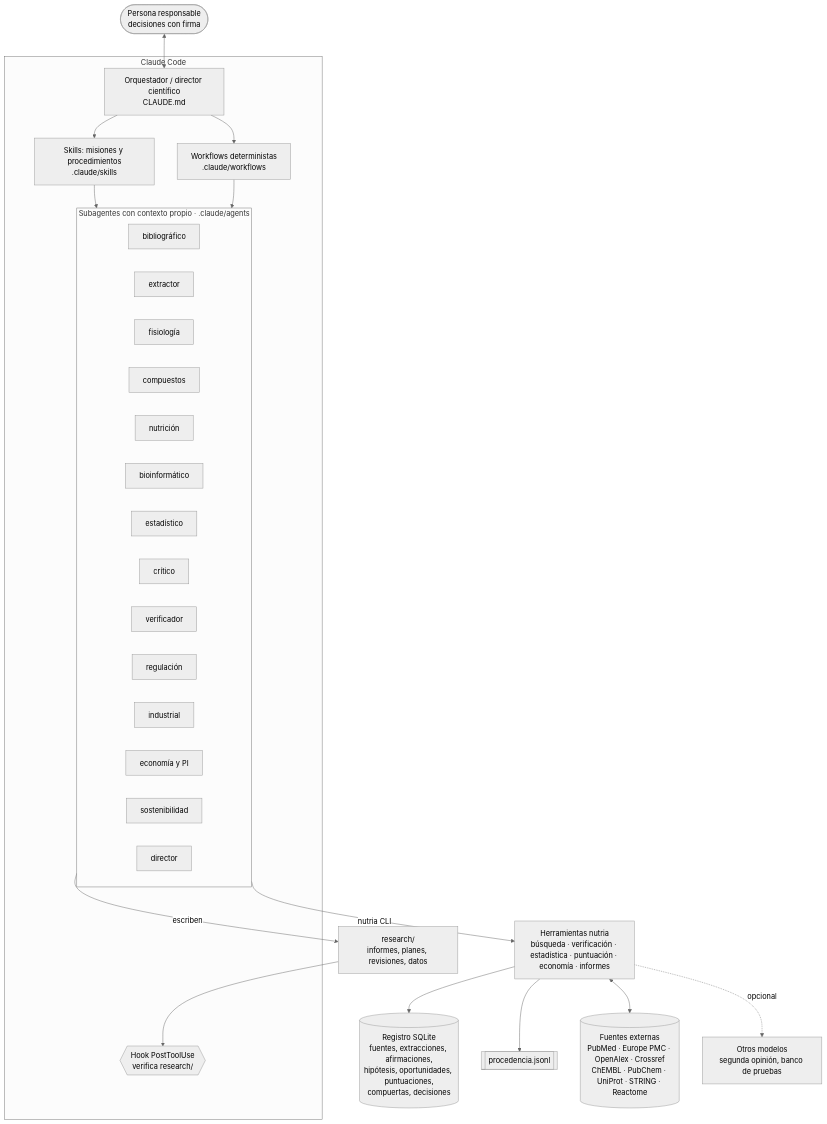
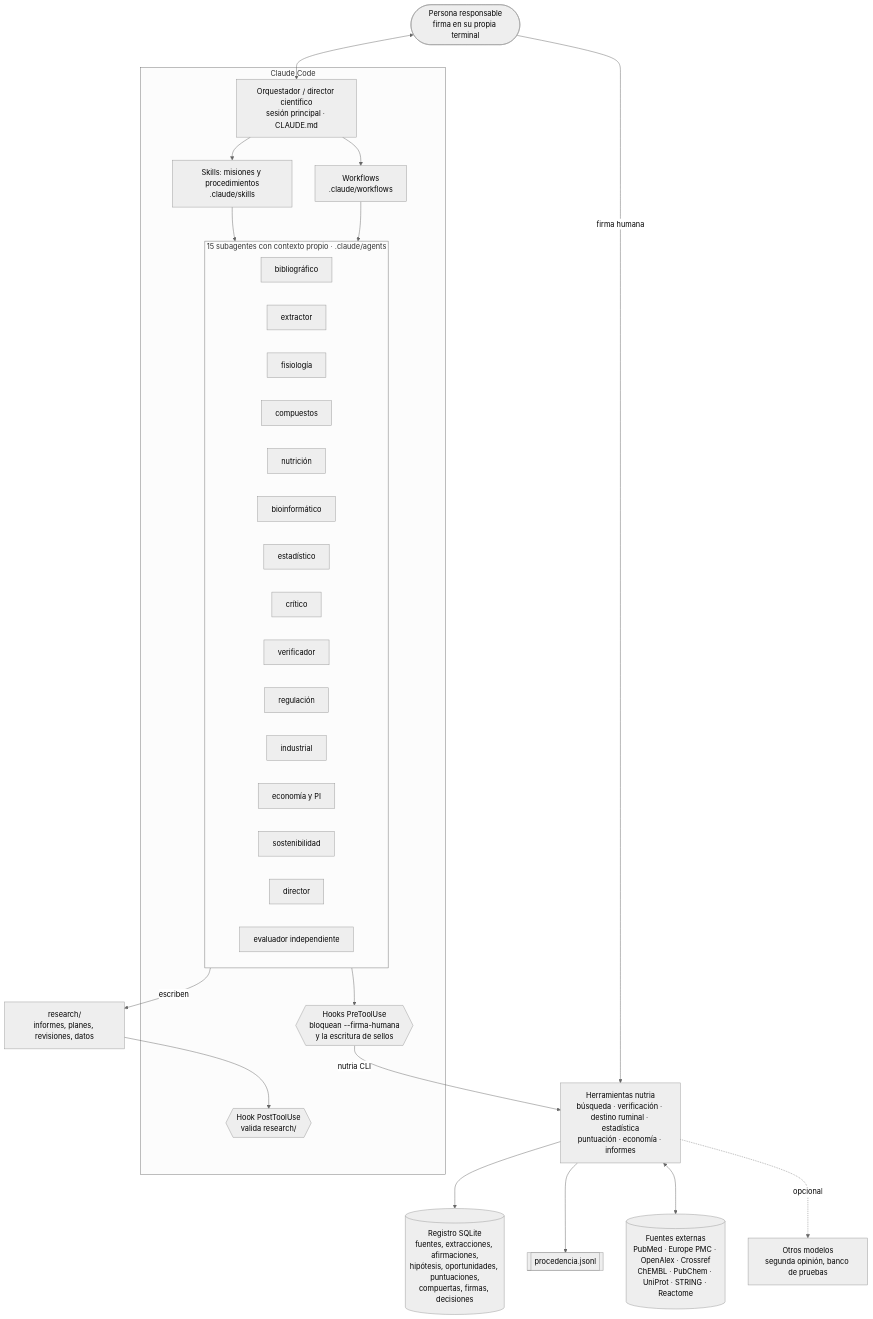
Before and after one commit to japi07/nutria: the first of 3 diagrams in docs/ARQUITECTURA.md, drawn with Mermaid (neutral theme). The commit also changed other lines of this file and 94 other files, not shown here.

````diff
--- a/docs/ARQUITECTURA.md
+++ b/docs/ARQUITECTURA.md
@@ -5,23 +7,26 @@
 ```mermaid
 flowchart TB
-    H([Persona responsable<br/>decisiones con firma]) <--> O
+    H([Persona responsable<br/>firma en su propia terminal]) <--> O
+    H -->|firma humana| T
     subgraph CC[Claude Code]
-        O[Orquestador / director científico<br/>CLAUDE.md]
+        O[Orquestador / director científico<br/>sesión principal · CLAUDE.md]
         S[Skills: misiones y procedimientos<br/>.claude/skills]
-        W[Workflows deterministas<br/>.claude/workflows]
-        subgraph AG[Subagentes con contexto propio · .claude/agents]
+        W[Workflows<br/>.claude/workflows]
+        subgraph AG[15 subagentes con contexto propio · .claude/agents]
             A1[bibliográfico] & A2[extractor] & A3[fisiología] & A4[compuestos] & A5[nutrición]
             A6[bioinformático] & A7[estadístico] & A8[crítico] & A9[verificador] & A10[regulación]
-            A11[industrial] & A12[economía y PI] & A13[sostenibilidad] & A14[director]
+            A11[industrial] & A12[economía y PI] & A13[sostenibilidad] & A14[director] & A15[evaluador independiente]
         end
-        HK{{Hook PostToolUse<br/>verifica research/}}
+        PRE{{"Hooks PreToolUse<br/>bloquean --firma-humana<br/>y la escritura de sellos"}}
+        POST{{Hook PostToolUse<br/>valida research/}}
     end
     O --> S & W --> AG
-    AG -->|nutria CLI| T[Herramientas nutria<br/>búsqueda · verificación · estadística · puntuación · economía · informes]
-    T --> R[(Registro SQLite<br/>fuentes, extracciones, afirmaciones,<br/>hipótesis, oportunidades, puntuaciones,<br/>compuertas, decisiones)]
+    AG --> PRE
+    PRE -->|nutria CLI| T[Herramientas nutria<br/>búsqueda · verificación · destino ruminal · estadística<br/>puntuación · economía · informes]
+    T --> R[(Registro SQLite<br/>fuentes, extracciones, afirmaciones,<br/>hipótesis, oportunidades, puntuaciones,<br/>compuertas, firmas, decisiones)]
     T --> P[[procedencia.jsonl]]
     T <--> X[(Fuentes externas<br/>PubMed · Europe PMC · OpenAlex · Crossref<br/>ChEMBL · PubChem · UniProt · STRING · Reactome)]
     T -.opcional.-> M[Otros modelos<br/>segunda opinión, banco de pruebas]
     AG -->|escriben| F[research/<br/>informes, planes, revisiones, datos]
-    F --> HK
+    F --> POST
 ```
````
